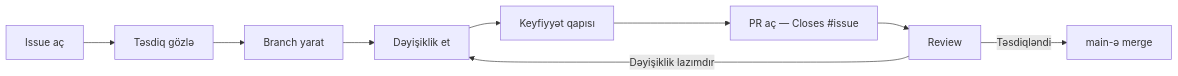
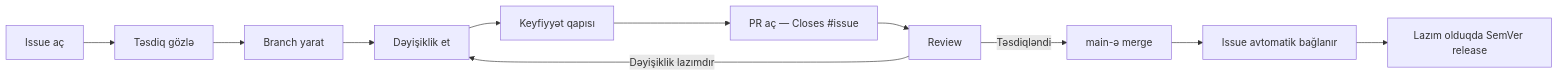
Before and after one commit to MuradoffTehmez/LuxeHome: the diagram in CONTRIBUTING.md, drawn with Mermaid. The commit also changed other lines of this file and 20 other files, not shown here.

````diff
--- a/CONTRIBUTING.md
+++ b/CONTRIBUTING.md
@@ -26,11 +26,13 @@
 ```mermaid
 flowchart LR
     A[Issue aç] --> B[Təsdiq gözlə]
     B --> C[Branch yarat]
     C --> D[Dəyişiklik et]
     D --> E[Keyfiyyət qapısı]
     E --> F[PR aç — Closes #issue]
     F --> G[Review]
     G -->|Dəyişiklik lazımdır| D
     G -->|Təsdiqləndi| H[main-ə merge]
+    H --> I[Issue avtomatik bağlanır]
+    I --> J[Lazım olduqda SemVer release]
 ```
````
